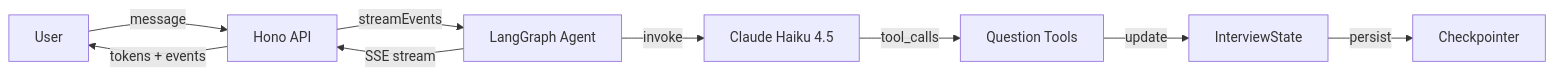
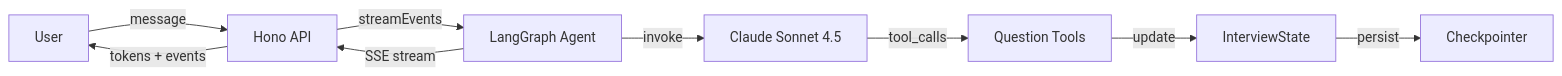
The diagram in docs/data-flow.md (jwa91/deep-interviewer), drawn with Mermaid before and after one commit. The commit also changed 4 other files, not shown here.

````diff
--- a/docs/data-flow.md
+++ b/docs/data-flow.md
@@ -3,11 +3,11 @@
 ```mermaid
 flowchart LR
     User -->|message| API[Hono API]
     API -->|streamEvents| Agent[LangGraph Agent]
-    Agent -->|invoke| LLM[Claude Haiku 4.5]
+    Agent -->|invoke| LLM[Claude Sonnet 4.5]
     LLM -->|tool_calls| Tools[Question Tools]
     Tools -->|update| State[InterviewState]
     State -->|persist| SQLite[Checkpointer]
     Agent -->|SSE stream| API
     API -->|tokens + events| User
 ```
````
